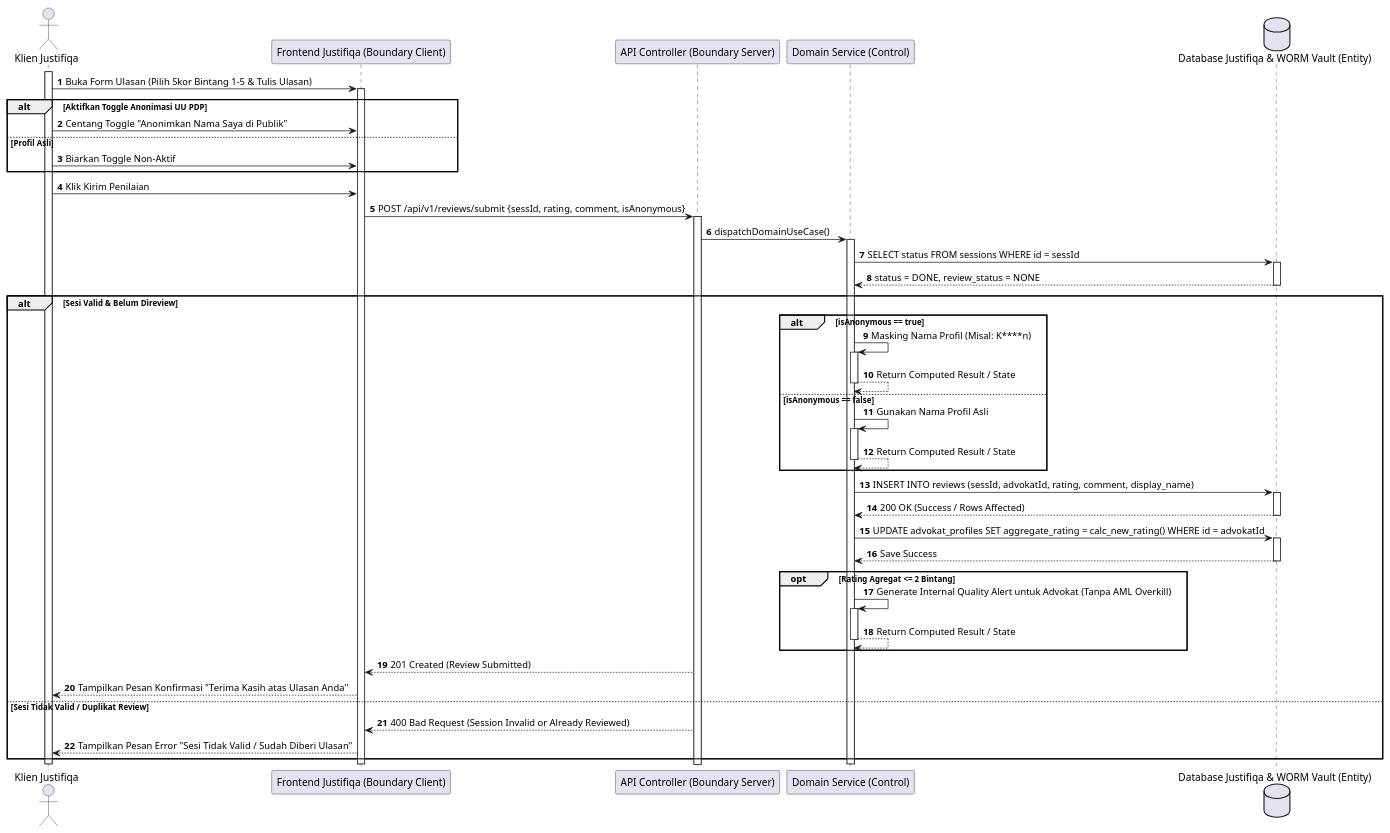
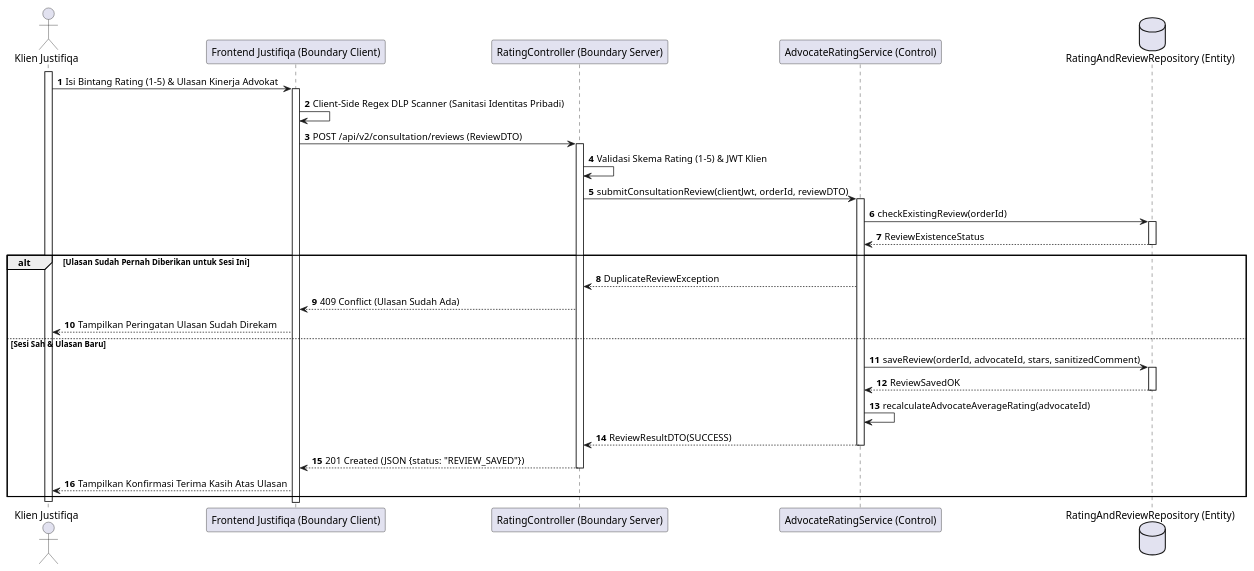
Before and after one commit to tupperwureism/SuperApp-Gagal: diagram 13 of 28 in MarkDown/plantuml_sequence_diagrams.md, drawn with PlantUML. The commit also changed other lines of this file and 1 other file, not shown here.

Commit message:
fix(sequence-diagrams): regenerate all 28 Sequence Diagrams with deterministic hand-crafted 5-Lifeline BCE flows

````diff
--- a/MarkDown/plantuml_sequence_diagrams.md
+++ b/MarkDown/plantuml_sequence_diagrams.md
@@ -868,52 +520,33 @@
 ```plantuml
 @startuml
 autonumber
-actor "Klien Justifiqa" as Klien
+actor "Klien Justifiqa" as User
 participant "Frontend Justifiqa (Boundary Client)" as B_FE
-participant "API Controller (Boundary Server)" as B_BE
-participant "Domain Service (Control)" as C_Svc
-participant "Backend Justifiqa" as C_Svc
-database "Database Justifiqa & WORM Vault (Entity)" as E_DB
+participant "RatingController (Boundary Server)" as B_BE
+participant "AdvocateRatingService (Control)" as C_Svc
+database "RatingAndReviewRepository (Entity)" as E_DB
 
-activate Klien
-Klien -> B_FE ++ : Buka Form Ulasan (Pilih Skor Bintang 1-5 & Tulis Ulasan)
-alt Aktifkan Toggle Anonimasi UU PDP
-    Klien -> B_FE : Centang Toggle "Anonimkan Nama Saya di Publik"
-else Profil Asli
-    Klien -> B_FE : Biarkan Toggle Non-Aktif
+activate User
+User -> B_FE ++ : Isi Bintang Rating (1-5) & Ulasan Kinerja Advokat
+B_FE -> B_FE : Client-Side Regex DLP Scanner (Sanitasi Identitas Pribadi)
+B_FE -> B_BE ++ : POST /api/v2/consultation/reviews (ReviewDTO)
+B_BE -> B_BE : Validasi Skema Rating (1-5) & JWT Klien
+B_BE -> C_Svc ++ : submitConsultationReview(clientJwt, orderId, reviewDTO)
+C_Svc -> E_DB ++ : checkExistingReview(orderId)
+E_DB --> C_Svc -- : ReviewExistenceStatus
+
+alt Ulasan Sudah Pernah Diberikan untuk Sesi Ini
+    C_Svc --> B_BE : DuplicateReviewException
+    B_BE --> B_FE : 409 Conflict (Ulasan Sudah Ada)
+    B_FE --> User : Tampilkan Peringatan Ulasan Sudah Direkam
+else Sesi Sah & Ulasan Baru
+    C_Svc -> E_DB ++ : saveReview(orderId, advocateId, stars, sanitizedComment)
+    E_DB --> C_Svc -- : ReviewSavedOK
+    C_Svc -> C_Svc : recalculateAdvocateAverageRating(advocateId)
+    C_Svc --> B_BE -- : ReviewResultDTO(SUCCESS)
+    B_BE --> B_FE -- : 201 Created (JSON {status: "REVIEW_SAVED"})
+    B_FE --> User : Tampilkan Konfirmasi Terima Kasih Atas Ulasan
 end
-Klien -> B_FE : Klik Kirim Penilaian
-B_FE -> B_BE ++ : POST /api/v1/reviews/submit {sessId, rating, comment, isAnonymous}
-    B_BE -> C_Svc ++ : dispatchDomainUseCase()
-C_Svc -> E_DB ++ : SELECT status FROM sessions WHERE id = sessId
-E_DB --> C_Svc -- : status = DONE, review_status = NONE
-
-alt Sesi Valid & Belum Direview
-    alt isAnonymous == true
-        C_Svc -> C_Svc ++ : Masking Nama Profil (Misal: K****n)
-        C_Svc --> C_Svc -- : Return Computed Result / State
-    else isAnonymous == false
-        C_Svc -> C_Svc ++ : Gunakan Nama Profil Asli
-        C_Svc --> C_Svc -- : Return Computed Result / State
-    end
-    C_Svc -> E_DB ++ : INSERT INTO reviews (sessId, advokatId, rating, comment, display_name)
-    E_DB --> C_Svc -- : 200 OK (Success / Rows Affected)
-    C_Svc -> E_DB ++ : UPDATE advokat_profiles SET aggregate_rating = calc_new_rating() WHERE id = advokatId
-    E_DB --> C_Svc -- : Save Success
-    
-    opt Rating Agregat <= 2 Bintang
-        C_Svc -> C_Svc ++ : Generate Internal Quality Alert untuk Advokat (Tanpa AML Overkill)
-        C_Svc --> C_Svc -- : Return Computed Result / State
-    end
-    
-    B_BE --> B_FE : 201 Created (Review Submitted)
-    B_FE --> Klien : Tampilkan Pesan Konfirmasi "Terima Kasih atas Ulasan Anda"
-else Sesi Tidak Valid / Duplikat Review
-    B_BE --> B_FE : 400 Bad Request (Session Invalid or Already Reviewed)
-    B_FE --> Klien : Tampilkan Pesan Error "Sesi Tidak Valid / Sudah Diberi Ulasan"
-end
-deactivate C_Svc
-deactivate B_FE
-deactivate Klien
+deactivate User
 @enduml
 ```
````
